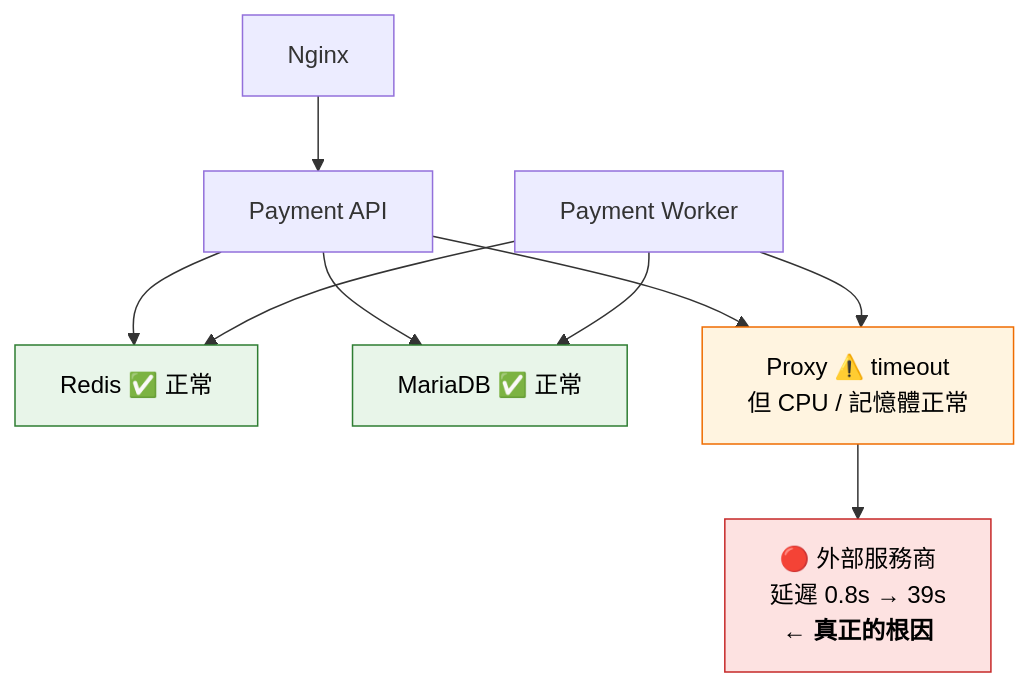
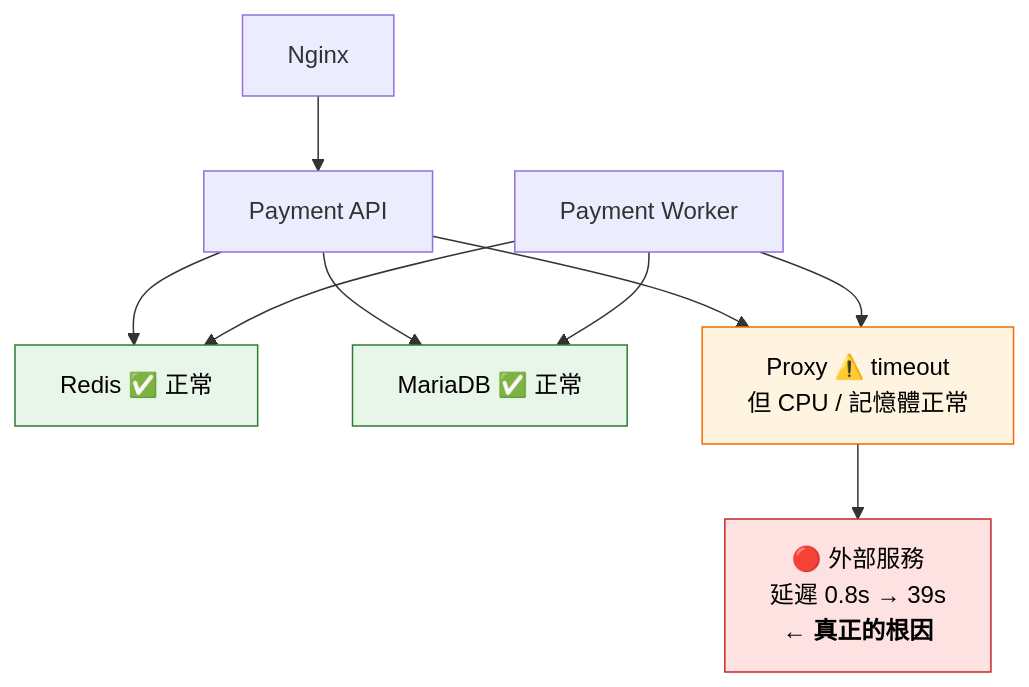
Before and after one commit to kingchen0617/system-tool: the third of 10 diagrams in README.md, drawn with Mermaid. The commit also changed other lines of this file, not shown here.

````diff
--- a/README.md
+++ b/README.md
@@ -96,16 +96,16 @@
 ```mermaid
 flowchart TD
     NG["Nginx"] --> API["Payment API"]
     API --> RD["Redis ✅ 正常"]
     API --> DB["MariaDB ✅ 正常"]
     API --> PX["Proxy ⚠️ timeout<br/>但 CPU / 記憶體正常"]
     JOB["Payment Worker"] --> RD
     JOB --> DB
     JOB --> PX
-    PX --> PV["🔴 外部服務商<br/>延遲 0.8s → 39s<br/><b>← 真正的根因</b>"]
+    PX --> PV["🔴 外部服務<br/>延遲 0.8s → 39s<br/><b>← 真正的根因</b>"]
 
     style PV fill:#fde2e1,stroke:#c62828,color:#000
     style PX fill:#fff4e0,stroke:#ef6c00,color:#000
     style RD fill:#e8f5e9,stroke:#2e7d32,color:#000
     style DB fill:#e8f5e9,stroke:#2e7d32,color:#000
 ```
````
